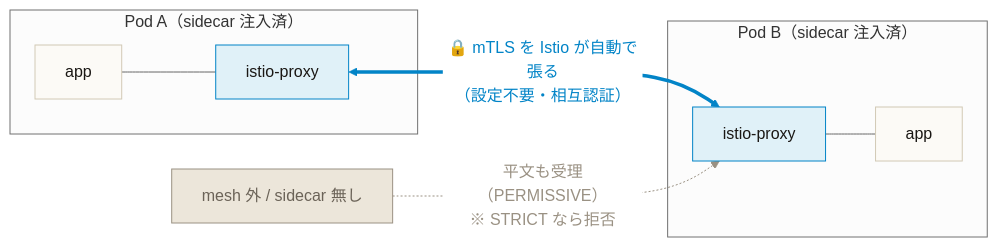
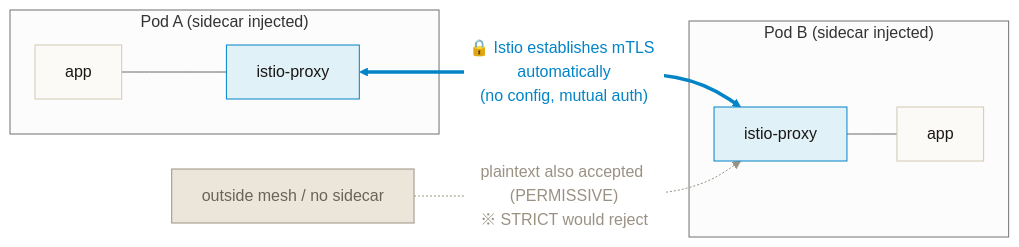
One commit to yu-min3/kensan-lab changed the third of 3 diagrams in kubernetes/network/README.md. Above: the diagram before and after it, drawn with Mermaid (neutral theme). The commit also changed other lines of this file, not shown here.

Commit message:
docs(network): 英語化 + SEO タイトル + 読者向け導入、route 図を整理(4→3図)

````diff
--- a/kubernetes/network/README.md
+++ b/kubernetes/network/README.md
@@ -113,21 +84,21 @@
 ```mermaid
 flowchart LR
-    subgraph P1["Pod A（sidecar 注入済）"]
+    subgraph P1["Pod A (sidecar injected)"]
         App1[app] --- SC1[istio-proxy]
     end
-    subgraph P2["Pod B（sidecar 注入済）"]
+    subgraph P2["Pod B (sidecar injected)"]
         SC2[istio-proxy] --- App2[app]
     end
-    Out["mesh 外 / sidecar 無し"]
+    Out["outside mesh / no sidecar"]
 
-    SC1 <==>|"🔒 mTLS を Istio が自動で張る<br/>（設定不要・相互認証）"| SC2
-    Out -.->|"平文も受理（PERMISSIVE）<br/>※ STRICT なら拒否"| SC2
+    SC1 <==>|"🔒 Istio establishes mTLS automatically<br/>(no config, mutual auth)"| SC2
+    Out -.->|"plaintext also accepted (PERMISSIVE)<br/>※ STRICT would reject"| SC2
 
     classDef default fill:#FCFAF6,stroke:#D2C9B5,color:#1A1714
     classDef proxy fill:#E0F1F8,stroke:#0284C7,color:#1A1714
     classDef plain fill:#ECE6DA,stroke:#9A9183,color:#6B6358
     class SC1,SC2 proxy
     class Out plain
     linkStyle 2 stroke:#0284C7,color:#0284C7
     linkStyle 3 stroke:#9A9183,color:#9A9183
 ```
````
